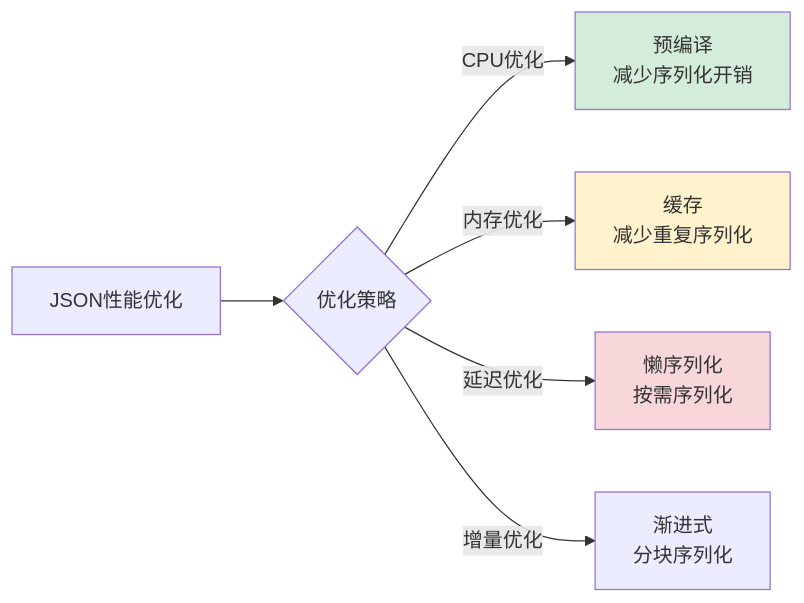
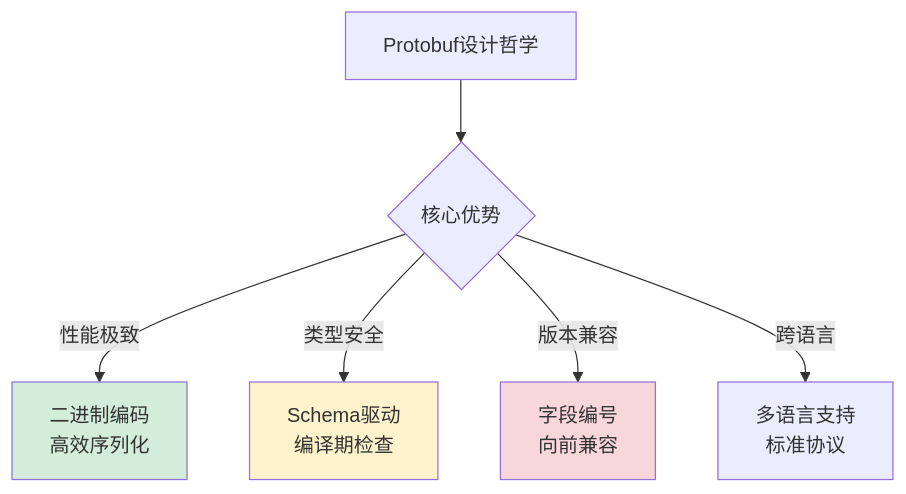
Before and after one commit to chongyang211/YCBookBlog: diagram 14 of 25 in 00.通用技术的提升/02.程序编程原理/05.序列化数据的思想.md, drawn with Mermaid. The commit also changed other lines of this file and 17 other files, not shown here.

````diff
--- a/00.通用技术的提升/02.程序编程原理/05.序列化数据的思想.md
+++ b/00.通用技术的提升/02.程序编程原理/05.序列化数据的思想.md
@@ -644,12 +622,12 @@
 ```mermaid
-graph LR
-    A[JSON性能优化] --> B{优化策略}
-    B -->|CPU优化| C[预编译<br/>减少序列化开销]
-    B -->|内存优化| D[缓存<br/>减少重复序列化]
-    B -->|延迟优化| E[懒序列化<br/>按需序列化]
-    B -->|增量优化| F[渐进式<br/>分块序列化]
+graph TB
+    A[Protobuf设计哲学] --> B{核心优势}
+    B -->|性能极致| C[二进制编码<br/>高效序列化]
+    B -->|类型安全| D[Schema驱动<br/>编译期检查]
+    B -->|版本兼容| E[字段编号<br/>向前兼容]
+    B -->|跨语言| F[多语言支持<br/>标准协议]
     
     style C fill:#d4edda
     style D fill:#fff3cd
     style E fill:#f8d7da
 ```
````
